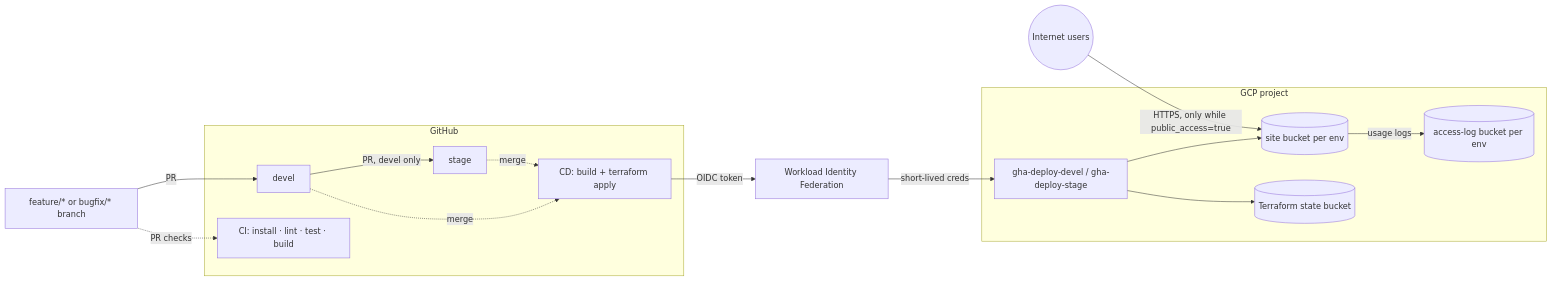
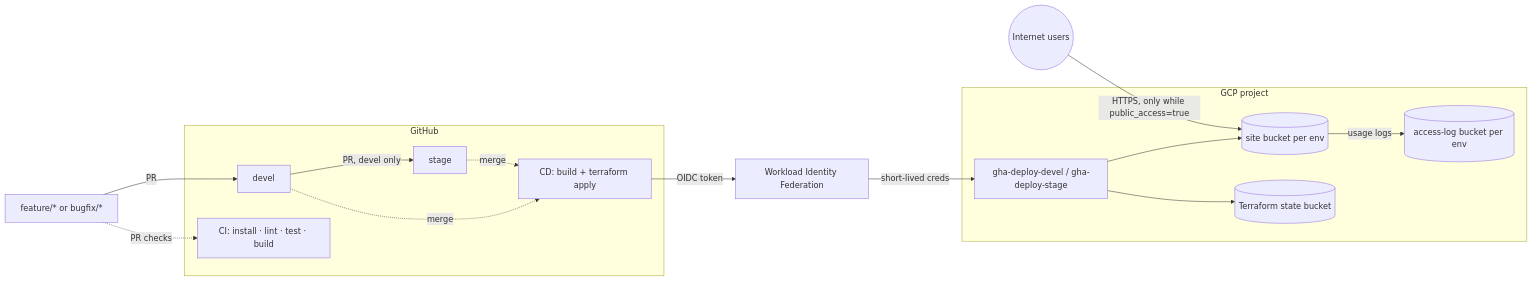
Before and after one commit to infrastructure-aquaware/fullstack-challenge: the diagram in README.md, drawn with Mermaid. The commit also changed other lines of this file, not shown here.

````diff
--- a/README.md
+++ b/README.md
@@ -20,23 +20,23 @@
 ```mermaid
 flowchart LR
-    dev[feature/* or bugfix/* branch] -->|PR| devel
+    dev[feature/* or bugfix/*] -->|PR| devel
     devel -->|PR, devel only| stage
     subgraph GitHub
       devel
       stage
       ci[CI: install · lint · test · build]
       cd[CD: build + terraform apply]
     end
     dev -. PR checks .-> ci
     devel -. merge .-> cd
     stage -. merge .-> cd
     cd -->|OIDC token| wif[Workload Identity Federation]
     wif -->|short-lived creds| sa[gha-deploy-devel / gha-deploy-stage]
     subgraph GCP project
       sa --> site[(site bucket per env)]
       site -->|usage logs| logs[(access-log bucket per env)]
       state[(Terraform state bucket)]
     end
     sa --> state
     users((Internet users)) -->|HTTPS, only while public_access=true| site
 ```
````
